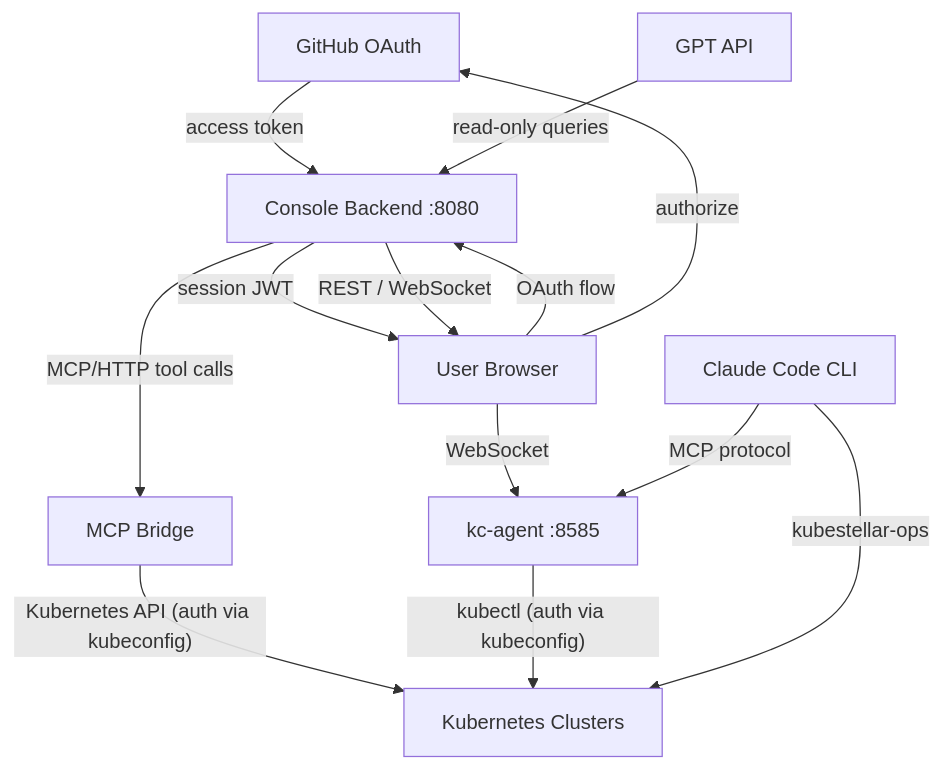
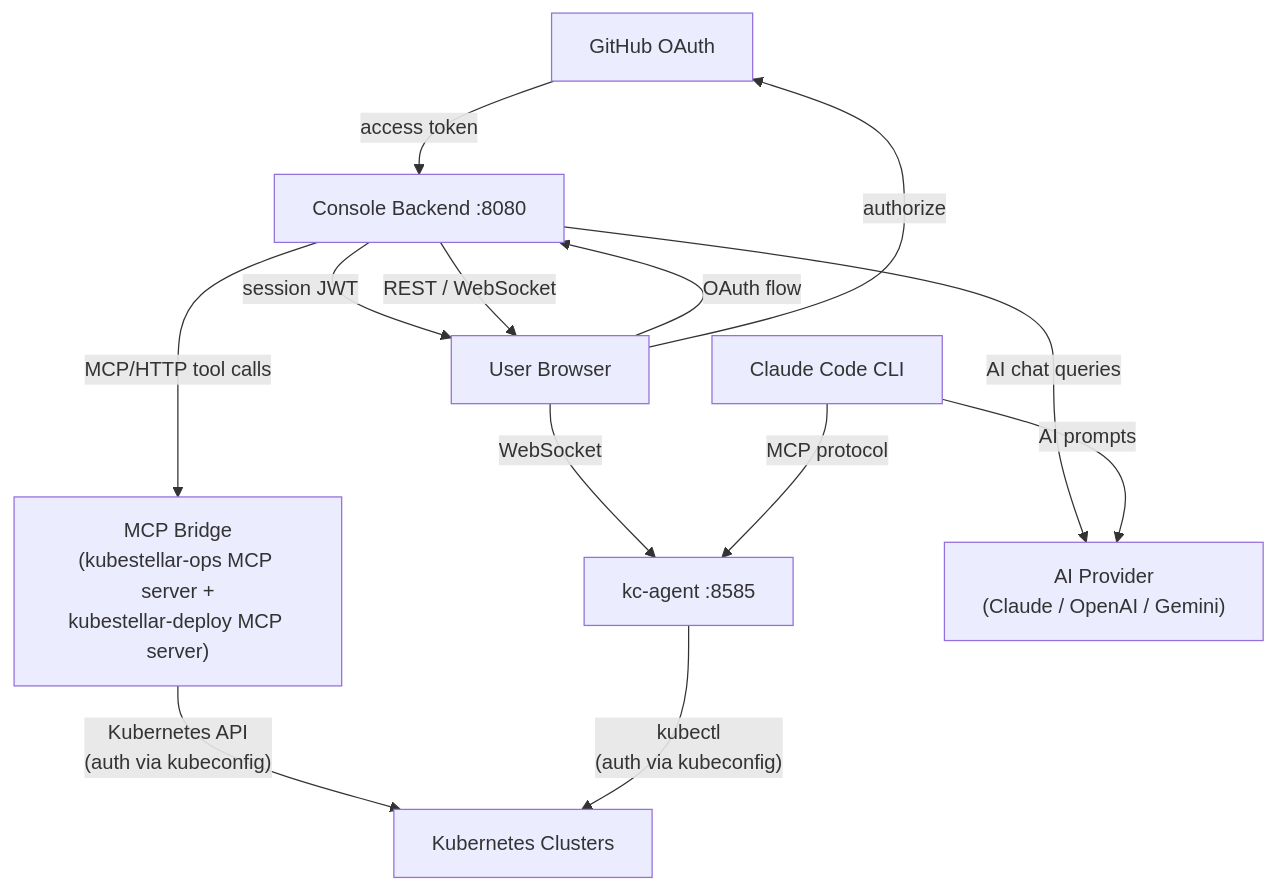
The diagram in docs/content/console/_architecture-diagram.md (kubestellar/docs), drawn with Mermaid before and after one commit. The commit also changed 3 other files, not shown here.

First line of the commit message:
✨ Add copilot-review-apply workflow + fix architecture doc (#1323) (#1337)

````diff
--- a/docs/content/console/_architecture-diagram.md
+++ b/docs/content/console/_architecture-diagram.md
@@ -1,24 +1,24 @@
 ```mermaid
 graph TB
     GitHub["GitHub OAuth"]
     Backend["Console Backend :8080"]
     Browser["User Browser"]
-    MCP["MCP Bridge"]
+    MCP["MCP Bridge<br/>(kubestellar-ops MCP server +<br/>kubestellar-deploy MCP server)"]
     K8s["Kubernetes Clusters"]
     Agent["kc-agent :8585"]
     CLI["Claude Code CLI"]
-    API["GPT API"]
+    AI["AI Provider<br/>(Claude / OpenAI / Gemini)"]
 
     Browser -- "OAuth flow" --> Backend
     Browser -- "authorize" --> GitHub
     GitHub -- "access token" --> Backend
     Backend -- "session JWT" --> Browser
     Backend -- "REST / WebSocket" --> Browser
     Browser -- "WebSocket" --> Agent
     Backend -- "MCP/HTTP tool calls" --> MCP
-    MCP -- "Kubernetes API (auth via kubeconfig)" --> K8s
-    Agent -- "kubectl (auth via kubeconfig)" --> K8s
+    MCP -- "Kubernetes API<br/>(auth via kubeconfig)" --> K8s
+    Agent -- "kubectl<br/>(auth via kubeconfig)" --> K8s
     CLI -- "MCP protocol" --> Agent
-    CLI -- "kubestellar-ops" --> K8s
-    API -- "read-only queries" --> Backend
+    Backend -- "AI chat queries" --> AI
+    CLI -- "AI prompts" --> AI
 ```
````
